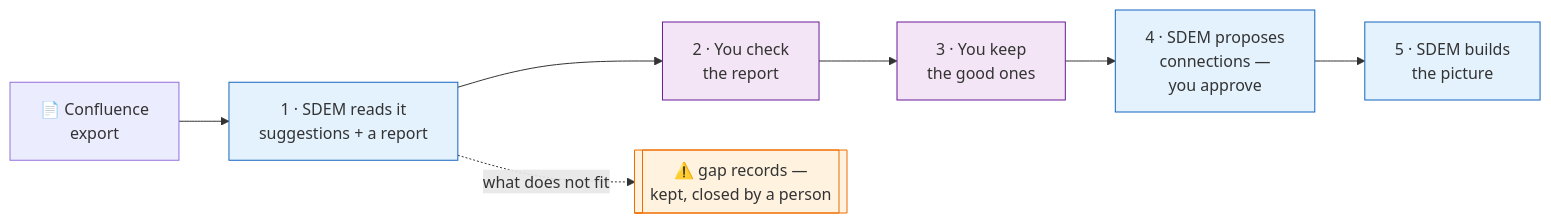
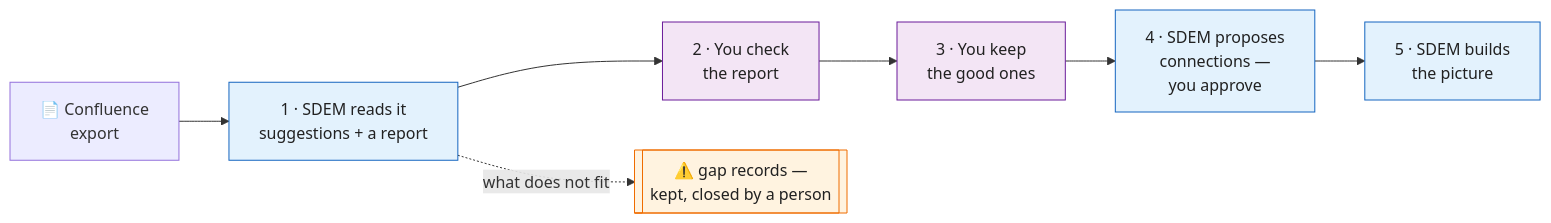
Before and after one commit to taumoeps/bian-sdem-framework: the seventh of 9 diagrams in README.md, drawn with Mermaid. The commit also changed other lines of this file and 1 other file, not shown here.

Commit message:
README: the tools diagram as one left-to-right flow with the commands on its steps; every coloured diagram box sets its text colour (readable in GitHub's dark theme)

````diff
--- a/README.md
+++ b/README.md
@@ -208,15 +194,15 @@
 ```mermaid
 flowchart LR
     E["📄 Confluence<br/>export"] --> R["1 · SDEM reads it<br/>suggestions + a report"]
     R --> C["2 · You check<br/>the report"]
     C --> K["3 · You keep<br/>the good ones"]
     K --> L["4 · SDEM proposes<br/>connections —<br/>you approve"]
     L --> P["5 · SDEM builds<br/>the picture"]
     R -.->|"what does not fit"| G[["⚠️ gap records —<br/>kept, closed by a person"]]
-    classDef you fill:#F3E5F5,stroke:#6A1B9A
-    classDef sdem fill:#E3F2FD,stroke:#1565C0
-    classDef g fill:#FFF3E0,stroke:#EF6C00
+    classDef you fill:#F3E5F5,stroke:#6A1B9A,color:#212121
+    classDef sdem fill:#E3F2FD,stroke:#1565C0,color:#212121
+    classDef g fill:#FFF3E0,stroke:#EF6C00,color:#212121
     class C,K you
     class R,L,P sdem
     class G g
 ```
````
